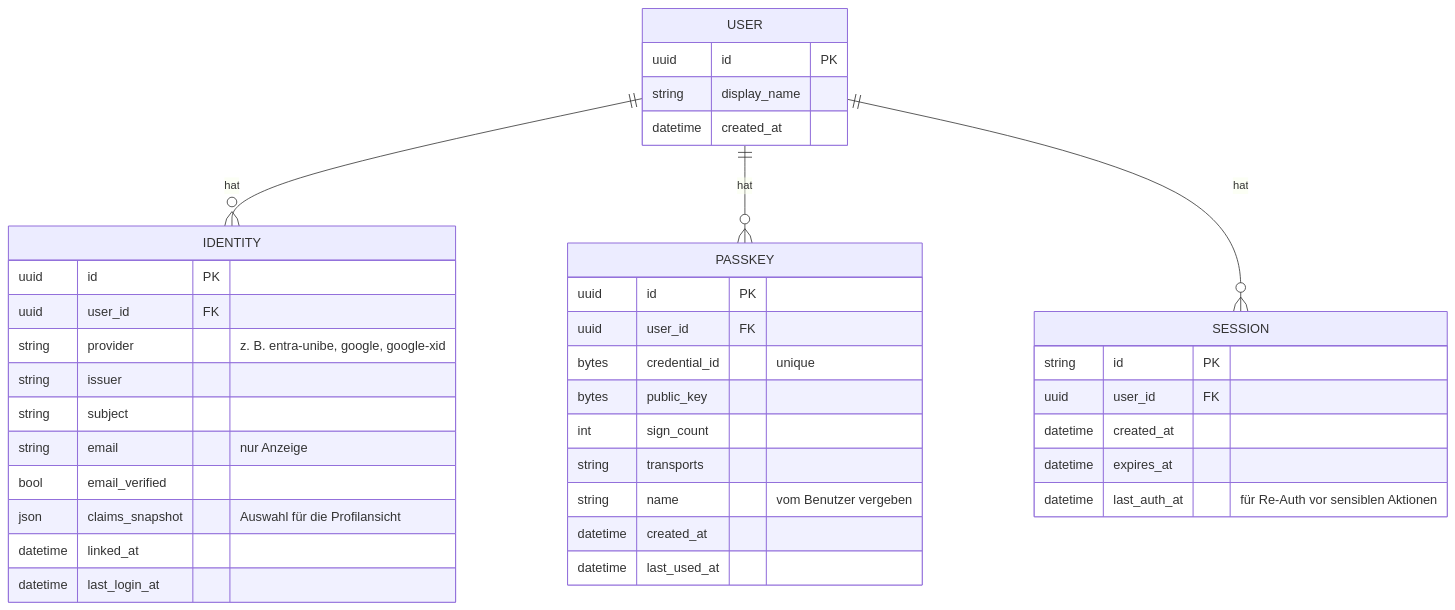
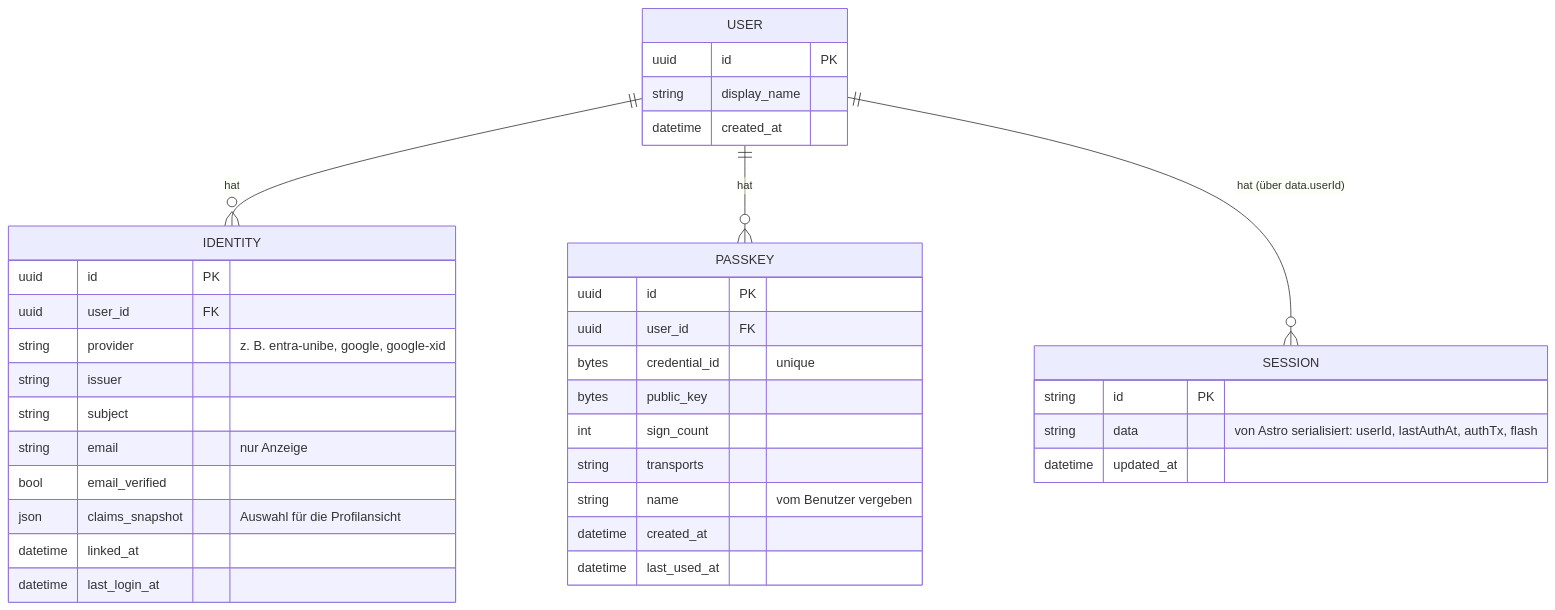
Before and after one commit to id-unibe-ch/ch-unibe-auth-example: the first of 2 diagrams in docs/04-account-linking.md, drawn with Mermaid. The commit also changed other lines of this file and 16 other files, not shown here.

````diff
--- a/docs/04-account-linking.md
+++ b/docs/04-account-linking.md
@@ -11,42 +11,40 @@
 ```mermaid
 erDiagram
     USER ||--o{ IDENTITY : hat
     USER ||--o{ PASSKEY : hat
-    USER ||--o{ SESSION : hat
+    USER ||--o{ SESSION : "hat (über data.userId)"
 
     USER {
         uuid id PK
         string display_name
         datetime created_at
     }
     IDENTITY {
         uuid id PK
         uuid user_id FK
         string provider "z. B. entra-unibe, google, google-xid"
         string issuer
         string subject
         string email "nur Anzeige"
         bool email_verified
         json claims_snapshot "Auswahl für die Profilansicht"
         datetime linked_at
         datetime last_login_at
     }
     PASSKEY {
         uuid id PK
         uuid user_id FK
         bytes credential_id "unique"
         bytes public_key
         int sign_count
         string transports
         string name "vom Benutzer vergeben"
         datetime created_at
         datetime last_used_at
     }
     SESSION {
         string id PK
-        uuid user_id FK
-        datetime created_at
-        datetime expires_at
-        datetime last_auth_at "für Re-Auth vor sensiblen Aktionen"
+        string data "von Astro serialisiert: userId, lastAuthAt, authTx, flash"
+        datetime updated_at
     }
 ```
````
